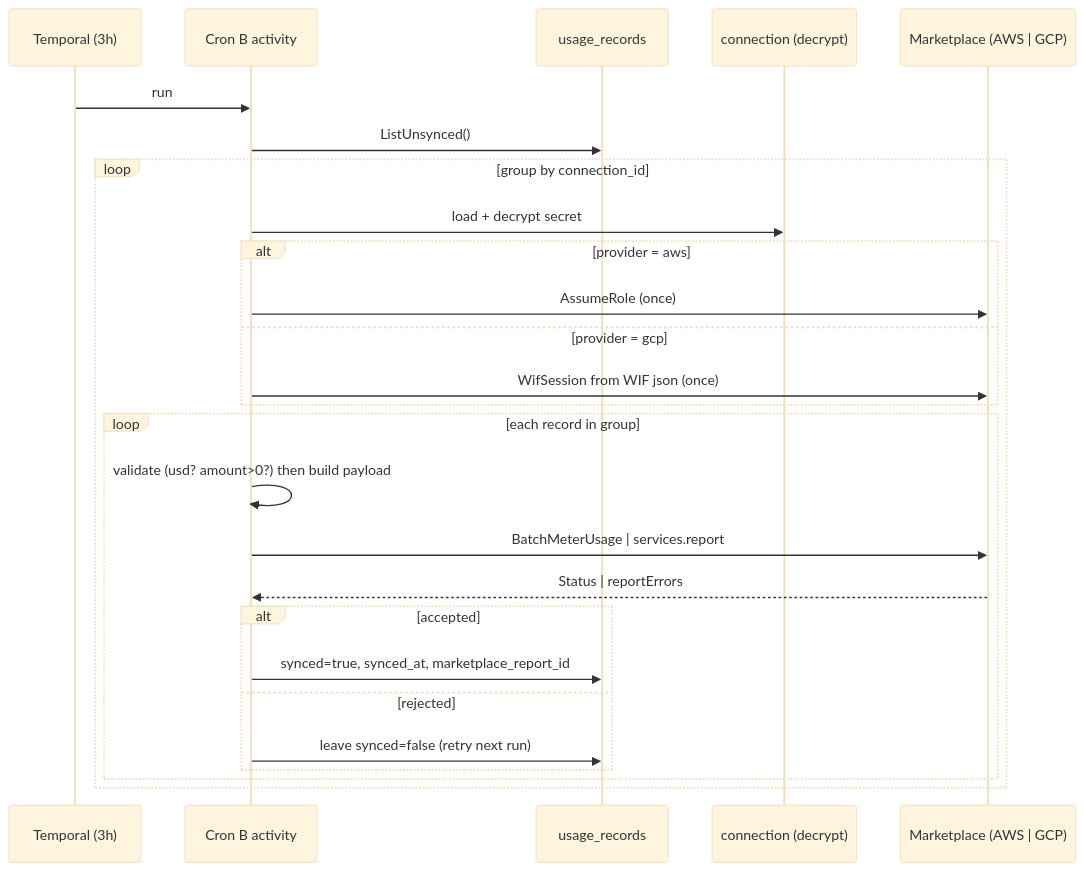
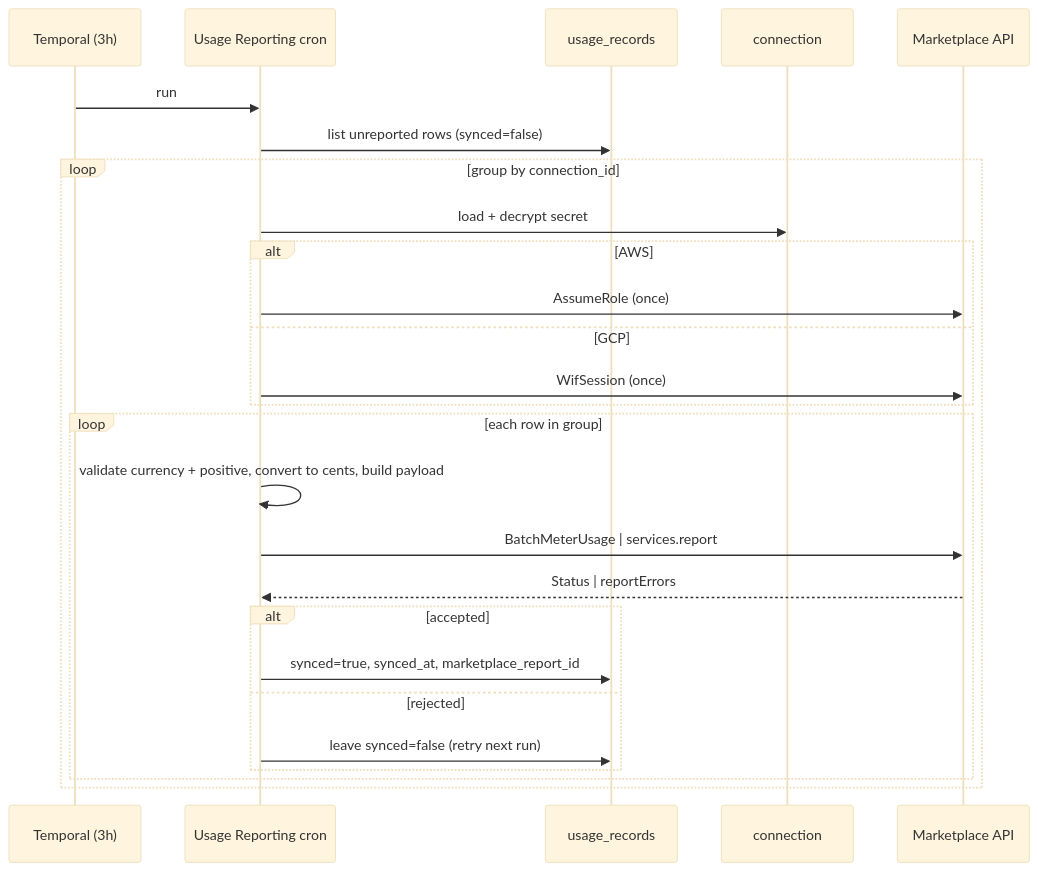
Before and after one commit to flexprice/flexprice: the fourth of 4 diagrams in docs/design/2026-07-18-FLE-981-marketplace-integration-v2.md, drawn with Mermaid (base theme). The commit also changed other lines of this file, not shown here.

Commit message:
refactor(docs): Revise Marketplace Integration design document for clarity and structure

````diff
--- a/docs/design/2026-07-18-FLE-981-marketplace-integration-v2.md
+++ b/docs/design/2026-07-18-FLE-981-marketplace-integration-v2.md
@@ -710,29 +881,29 @@
 ```mermaid
 sequenceDiagram
     participant Sch as Temporal (3h)
-    participant B as Cron B activity
+    participant Cron as Usage Reporting cron
     participant DB as usage_records
-    participant Conn as connection (decrypt)
-    participant MP as Marketplace (AWS | GCP)
+    participant Conn as connection
+    participant MP as Marketplace API
 
-    Sch->>B: run
-    B->>DB: ListUnsynced()
+    Sch->>Cron: run
+    Cron->>DB: list unreported rows (synced=false)
     loop group by connection_id
-      B->>Conn: load + decrypt secret
-      alt provider = aws
-        B->>MP: AssumeRole (once)
-      else provider = gcp
-        B->>MP: WifSession from WIF json (once)
+      Cron->>Conn: load + decrypt secret
+      alt AWS
+        Cron->>MP: AssumeRole (once)
+      else GCP
+        Cron->>MP: WifSession (once)
       end
-      loop each record in group
-        B->>B: validate (usd? amount>0?) then build payload
-        B->>MP: BatchMeterUsage | services.report
-        MP-->>B: Status | reportErrors
+      loop each row in group
+        Cron->>Cron: validate currency + positive, convert to cents, build payload
+        Cron->>MP: BatchMeterUsage | services.report
+        MP-->>Cron: Status | reportErrors
         alt accepted
-          B->>DB: synced=true, synced_at, marketplace_report_id
+          Cron->>DB: synced=true, synced_at, marketplace_report_id
         else rejected
-          B->>DB: leave synced=false (retry next run)
+          Cron->>DB: leave synced=false (retry next run)
         end
       end
     end
 ```
````
